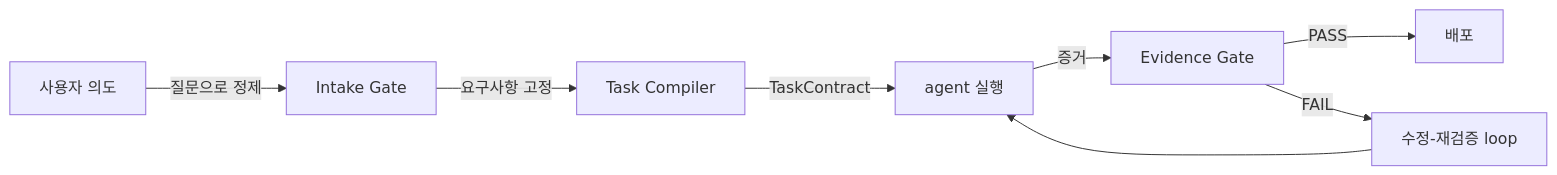
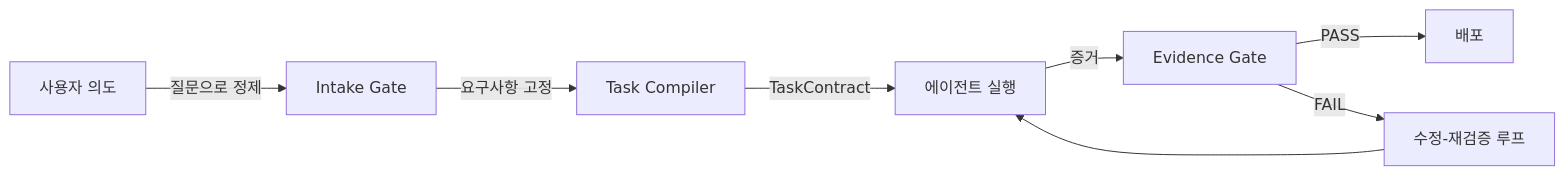
Before and after one commit to choam2426/geas: the diagram in README.ko.md, drawn with Mermaid. The commit also changed other lines of this file, not shown here.

````diff
--- a/README.ko.md
+++ b/README.ko.md
@@ -76,10 +76,10 @@
 ```mermaid
 graph LR
     A[사용자 의도] -->|질문으로 정제| B[Intake Gate]
     B -->|요구사항 고정| C[Task Compiler]
-    C -->|TaskContract| D[agent 실행]
+    C -->|TaskContract| D[에이전트 실행]
     D -->|증거| E[Evidence Gate]
     E -->|PASS| F[배포]
-    E -->|FAIL| G[수정-재검증 loop]
+    E -->|FAIL| G[수정-재검증 루프]
     G --> D
 ```
````
